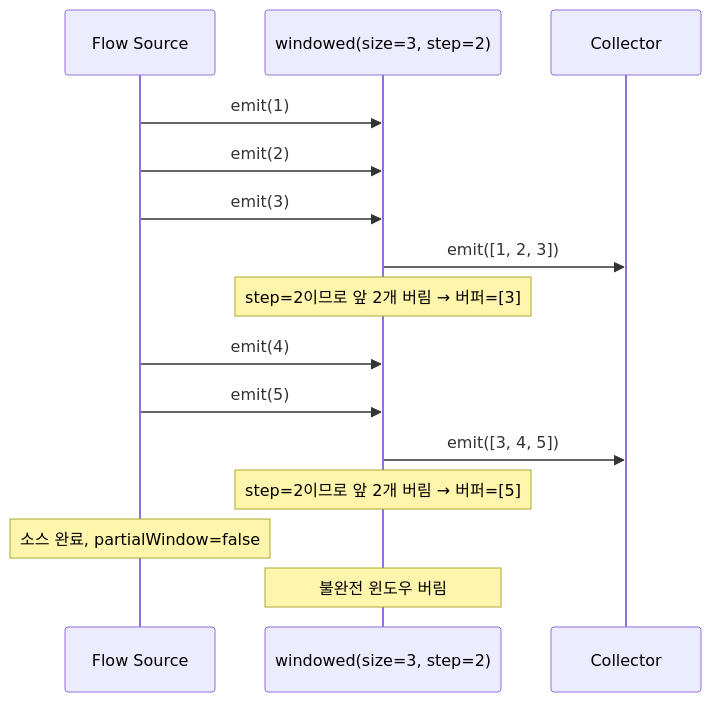
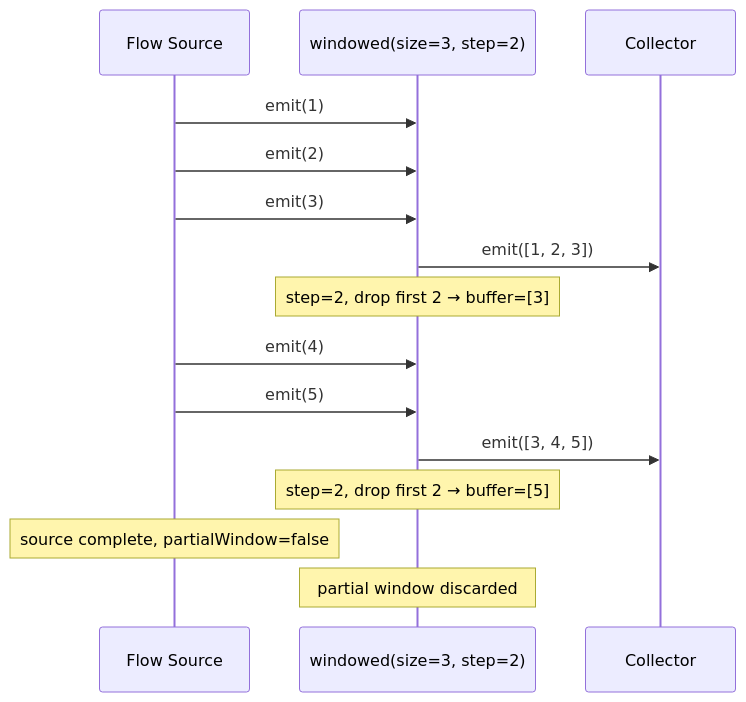
Before and after one commit to bluetape4k/bluetape4k-projects: the fifth of 15 diagrams in bluetape4k/coroutines/README.md, drawn with Mermaid. The commit also changed other lines of this file and 265 other files, not shown here.

````diff
--- a/bluetape4k/coroutines/README.md
+++ b/bluetape4k/coroutines/README.md
@@ -302,17 +304,17 @@
 ```mermaid
 sequenceDiagram
     participant S as Flow Source
     participant W as windowed(size=3, step=2)
     participant R as Collector
     S ->> W: emit(1)
     S ->> W: emit(2)
     S ->> W: emit(3)
     W ->> R: emit([1, 2, 3])
-    Note over W: step=2이므로 앞 2개 버림 → 버퍼=[3]
+    Note over W: step=2, drop first 2 → buffer=[3]
     S ->> W: emit(4)
     S ->> W: emit(5)
     W ->> R: emit([3, 4, 5])
-    Note over W: step=2이므로 앞 2개 버림 → 버퍼=[5]
-    Note over S: 소스 완료, partialWindow=false
-    Note over W: 불완전 윈도우 버림
+    Note over W: step=2, drop first 2 → buffer=[5]
+    Note over S: source complete, partialWindow=false
+    Note over W: partial window discarded
 ```
````
